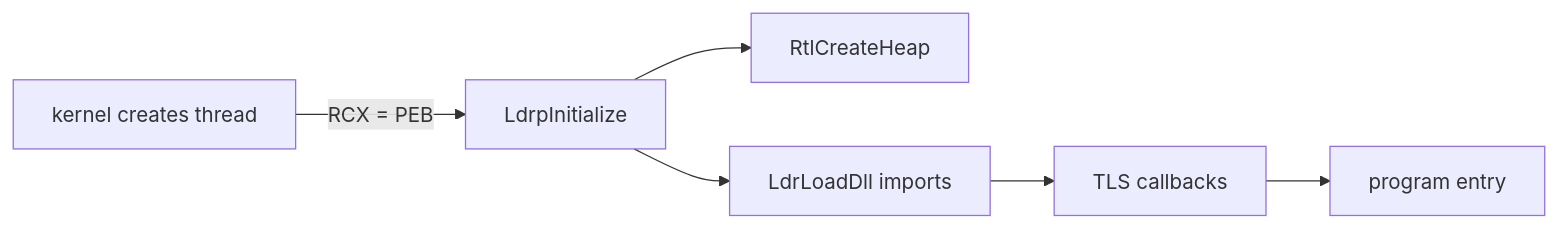
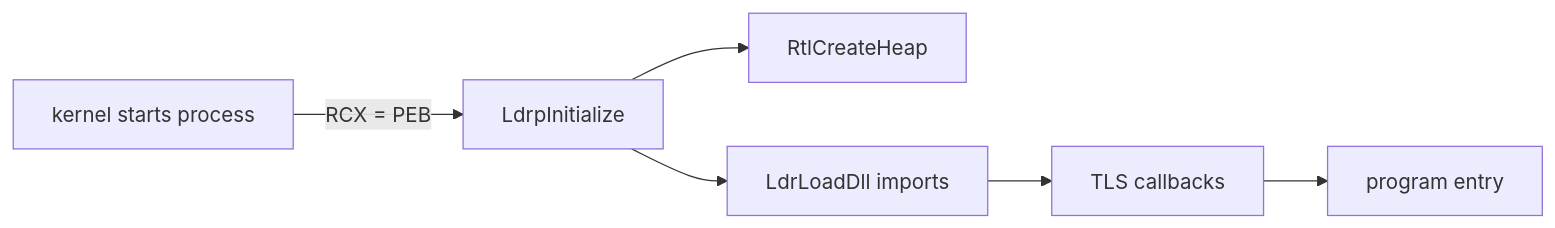
The diagram in docs/sdk/ntdll-user-runtime.md (rizonesoft/impossible-os), drawn with Mermaid before and after one commit. The commit also changed other lines of this file and 9 other files, not shown here.

````diff
--- a/docs/sdk/ntdll-user-runtime.md
+++ b/docs/sdk/ntdll-user-runtime.md
@@ -19,8 +19,8 @@
 ```mermaid
 flowchart LR
-    K[kernel creates thread] -->|RCX = PEB| L[LdrpInitialize]
+    K[kernel starts process] -->|RCX = PEB| L[LdrpInitialize]
     L --> H[RtlCreateHeap]
     L --> D[LdrLoadDll imports]
     D --> T[TLS callbacks]
     T --> M[program entry]
 ```
````
